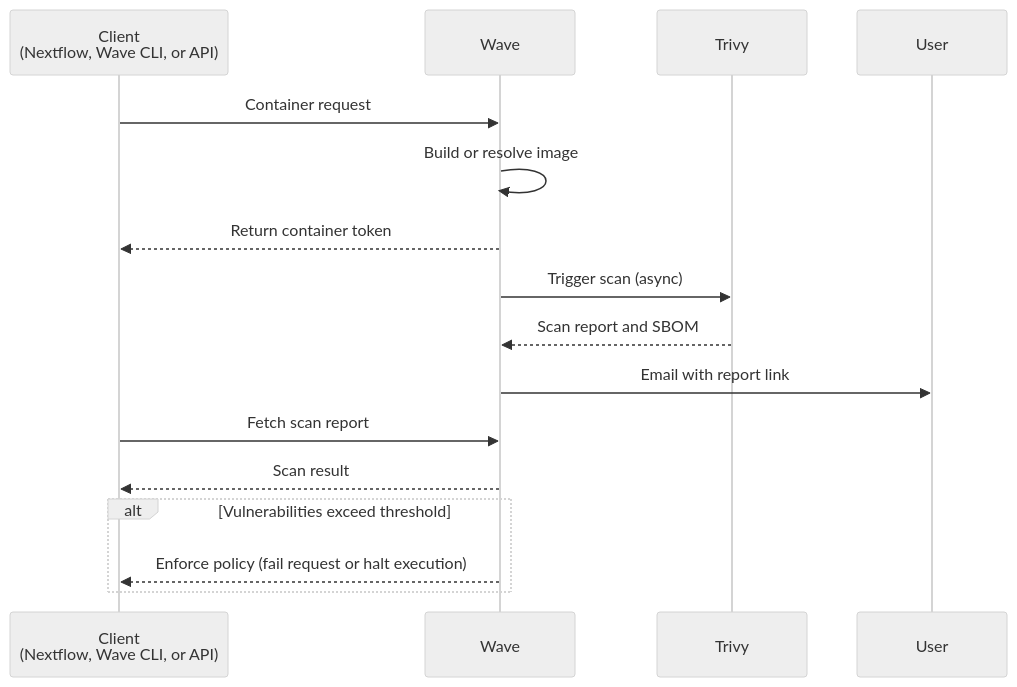
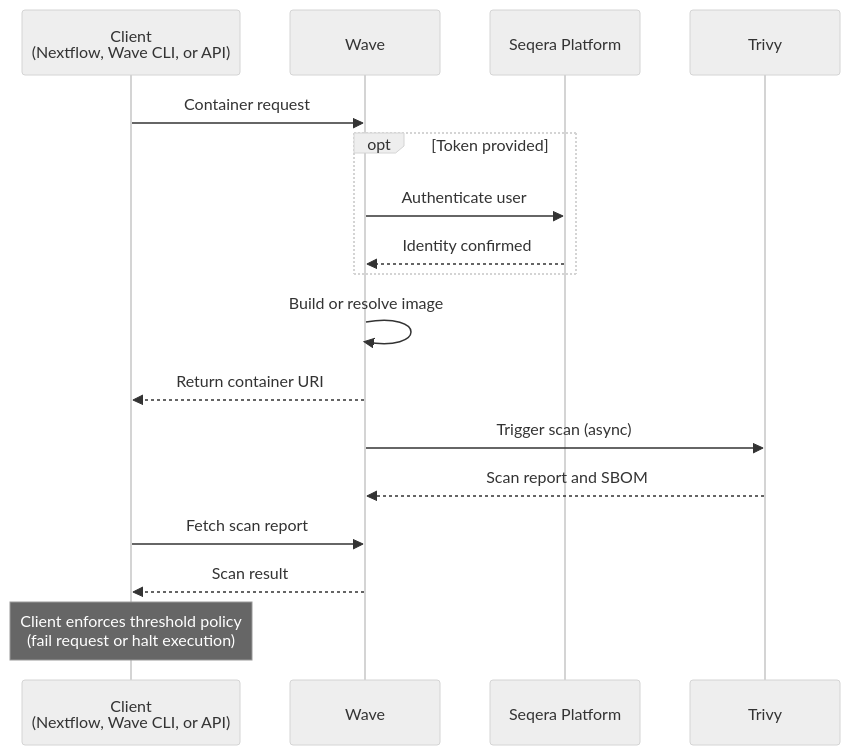
One commit to seqeralabs/wave changed the diagram in docs/features/security.mdx. Above: the diagram before and after it, drawn with Mermaid (neutral theme). The commit also changed other lines of this file and 13 other files, not shown here.

````diff
--- a/docs/features/security.mdx
+++ b/docs/features/security.mdx
@@ -31,19 +34,20 @@
 ```mermaid
 sequenceDiagram
     participant Client as Client<br/>(Nextflow, Wave CLI, or API)
     participant Wave
+    participant Platform as Seqera Platform
     participant Trivy
-    participant User
 
     Client->>Wave: Container request
+    opt Token provided
+        Wave->>Platform: Authenticate user
+        Platform-->>Wave: Identity confirmed
+    end
     Wave->>Wave: Build or resolve image
-    Wave-->>Client: Return container token
+    Wave-->>Client: Return container URI
     Wave->>Trivy: Trigger scan (async)
     Trivy-->>Wave: Scan report and SBOM
-    Wave->>User: Email with report link
     Client->>Wave: Fetch scan report
     Wave-->>Client: Scan result
-    alt Vulnerabilities exceed threshold
-        Wave-->>Client: Enforce policy (fail request or halt execution)
-    end
+    Note over Client: Client enforces threshold policy<br/>(fail request or halt execution)
 ```
````
